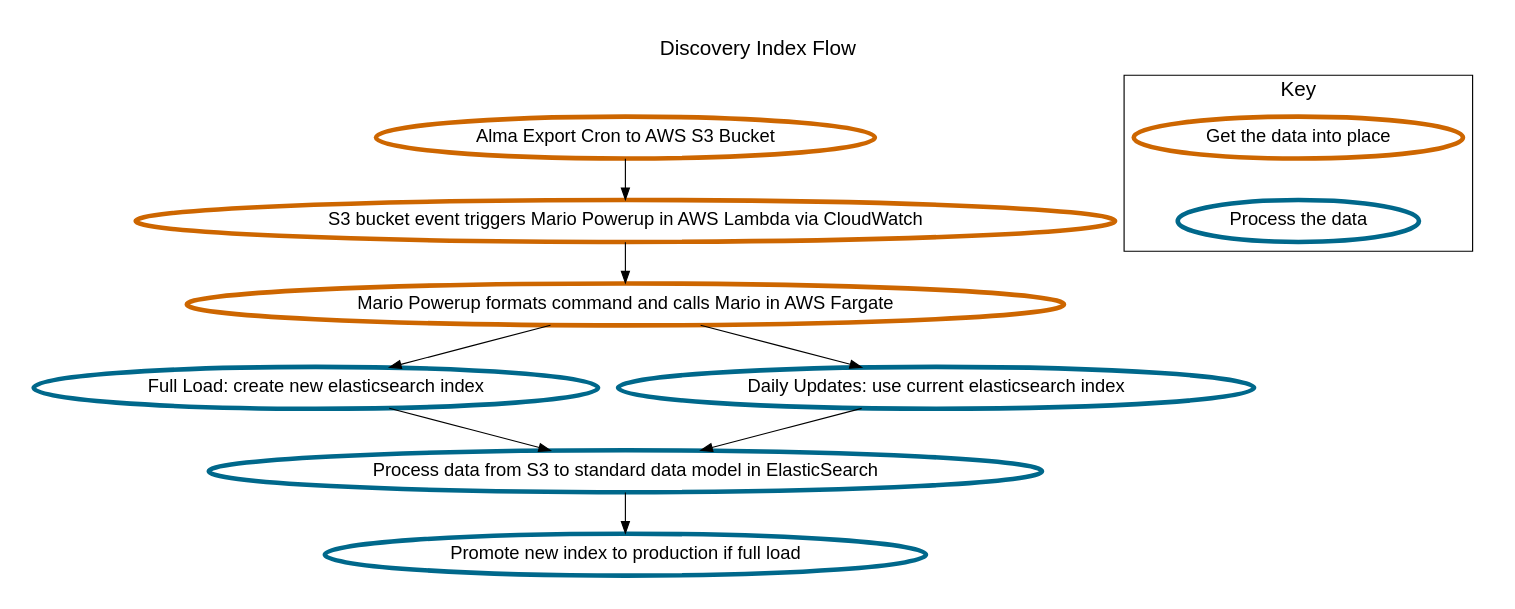
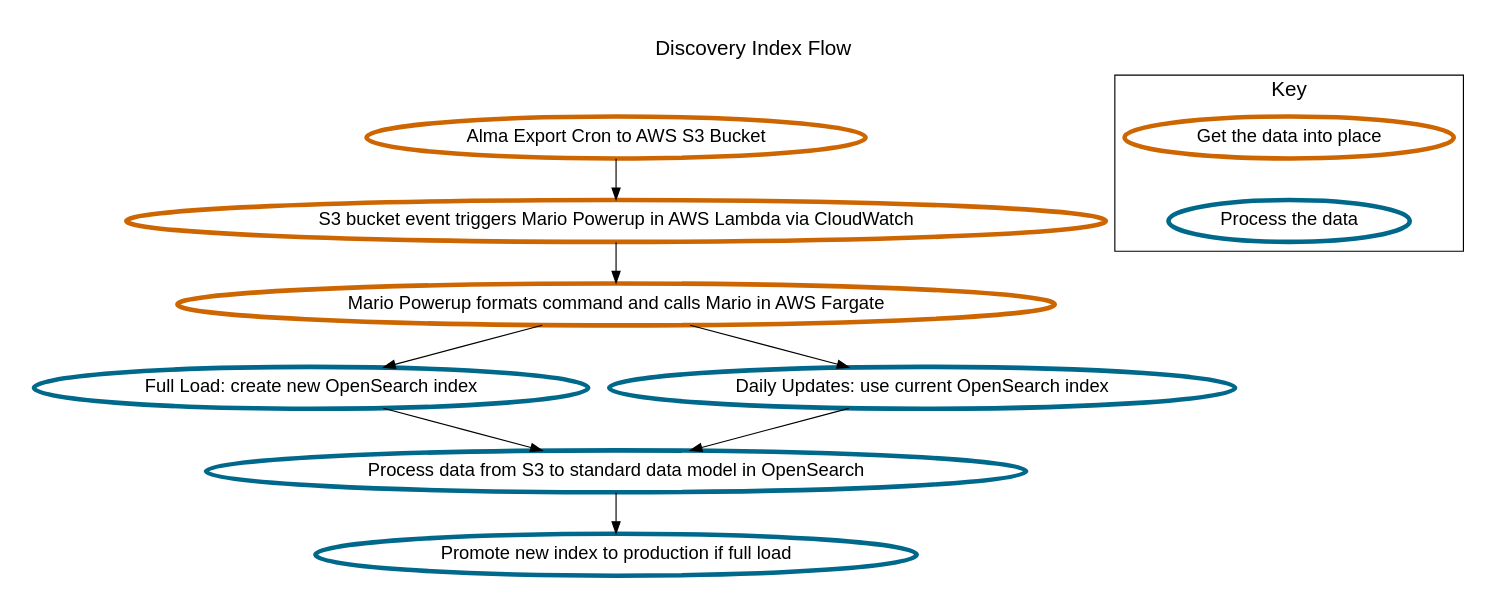
Before and after one commit to MITLibraries/mario: the diagram in docs/charts/dip_architecture.dot, drawn with Graphviz. The commit also changed 11 other files, not shown here.

First line of the commit message:
Update for OpenSearch

```diff
--- a/docs/charts/dip_architecture.dot
+++ b/docs/charts/dip_architecture.dot
@@ -1,37 +1,37 @@
 // dot docs/charts/dip_architecture.dot -Tpng > docs/charts/dip_architecture.png
 // requires installation of GraphViz (brew install graphviz, or
 // http://www.graphviz.org/Download..php if that doesn't work)
 
 digraph G {
   label="Discovery Index Flow";
   labelloc=t;
   fontname=helvetica;
   fontsize=18;
   node [style=filled, fontname=helvetica, fillcolor=white, penwidth=4, fontsize=16];
   pad=0.3;
 
   alma[label="Alma Export Cron to AWS S3 Bucket", color=DarkOrange3]
   s3Event[label="S3 bucket event triggers Mario Powerup in AWS Lambda via CloudWatch", color=DarkOrange3]
   lambda[label="Mario Powerup formats command and calls Mario in AWS Fargate", color=DarkOrange3]
-  fullLoad[label="Full Load: create new elasticsearch index", color=DeepSkyBlue4]
-  dailyLoad[label="Daily Updates: use current elasticsearch index", color=DeepSkyBlue4]
-  process[label="Process data from S3 to standard data model in ElasticSearch", color=DeepSkyBlue4]
+  fullLoad[label="Full Load: create new OpenSearch index", color=DeepSkyBlue4]
+  dailyLoad[label="Daily Updates: use current OpenSearch index", color=DeepSkyBlue4]
+  process[label="Process data from S3 to standard data model in OpenSearch", color=DeepSkyBlue4]
   updateAlias[label="Promote new index to production if full load", color=DeepSkyBlue4]
 
   alma -> s3Event
   s3Event -> lambda
   lambda -> fullLoad
   lambda -> dailyLoad
   dailyLoad -> process
   fullLoad -> process
   process -> updateAlias
 
   subgraph clusterLegend {
     label="Key";
     {
      k2[label="Process the data", color=DeepSkyBlue4];
      k1[label="Get the data into place", color=darkorange3];
      k1 -> k2 [style=invis]
      }
   }
 }
```
